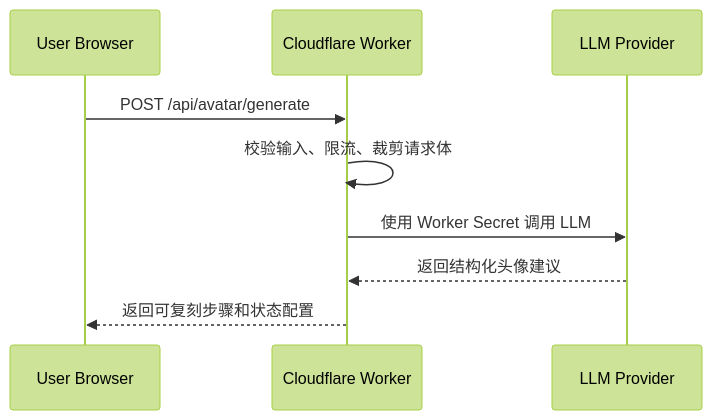
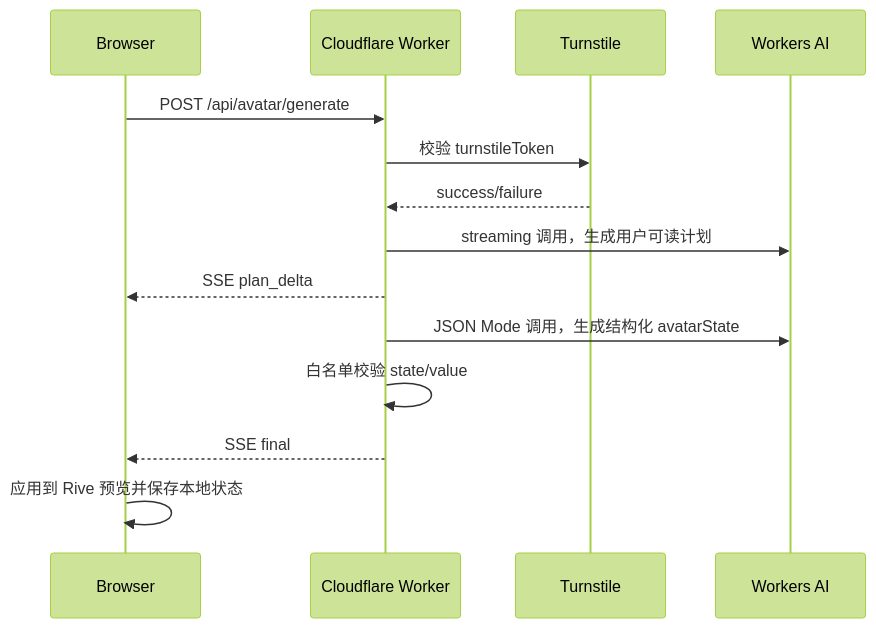
One commit to wishflow/duolingo-avator-creator changed the second of 2 diagrams in docs/deployment-plan.md. Above: the diagram before and after it, drawn with Mermaid (forest theme). The commit also changed other lines of this file and 10 other files, not shown here.

Commit message:
feat: add workers ai avatar generation

````diff
--- a/docs/deployment-plan.md
+++ b/docs/deployment-plan.md
@@ -305,12 +39,17 @@
 ```mermaid
 sequenceDiagram
-  participant U as User Browser
+  participant U as Browser
   participant W as Cloudflare Worker
-  participant L as LLM Provider
+  participant T as Turnstile
+  participant A as Workers AI
 
   U->>W: POST /api/avatar/generate
-  W->>W: 校验输入、限流、裁剪请求体
-  W->>L: 使用 Worker Secret 调用 LLM
-  L-->>W: 返回结构化头像建议
-  W-->>U: 返回可复刻步骤和状态配置
+  W->>T: 校验 turnstileToken
+  T-->>W: success/failure
+  W->>A: streaming 调用，生成用户可读计划
+  W-->>U: SSE plan_delta
+  W->>A: JSON Mode 调用，生成结构化 avatarState
+  W->>W: 白名单校验 state/value
+  W-->>U: SSE final
+  U->>U: 应用到 Rive 预览并保存本地状态
 ```
````
